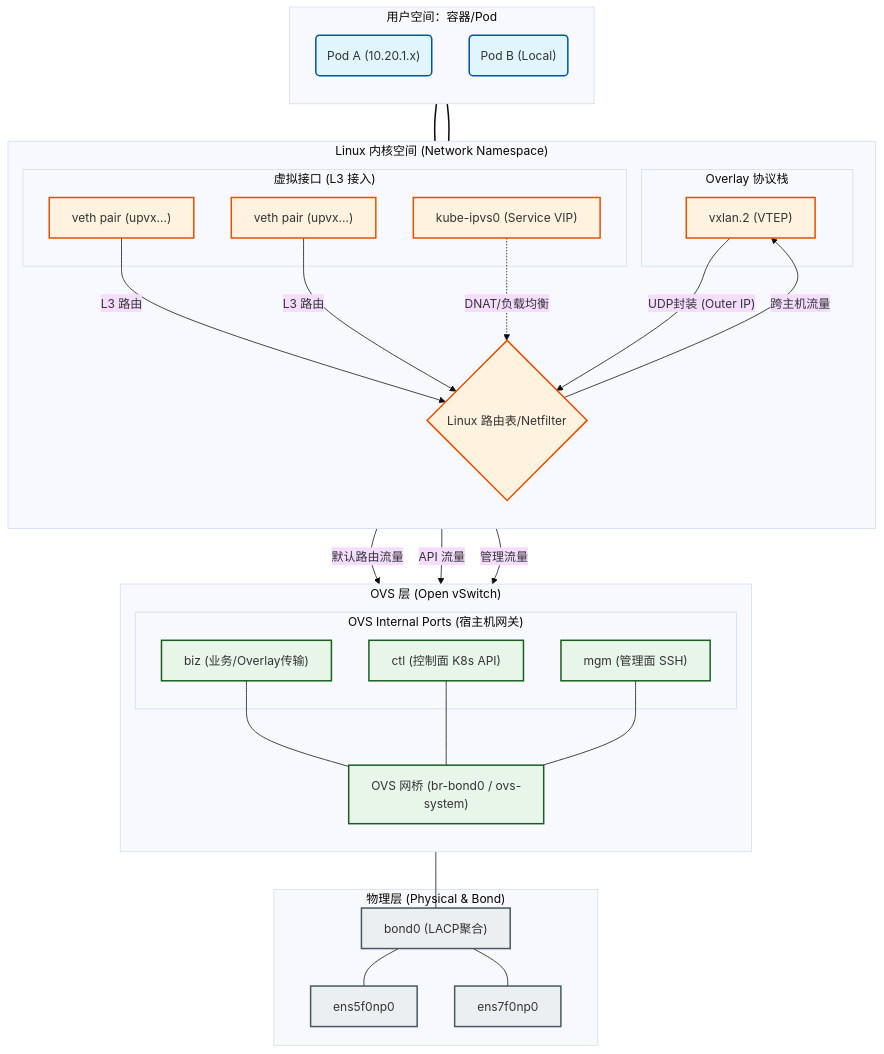
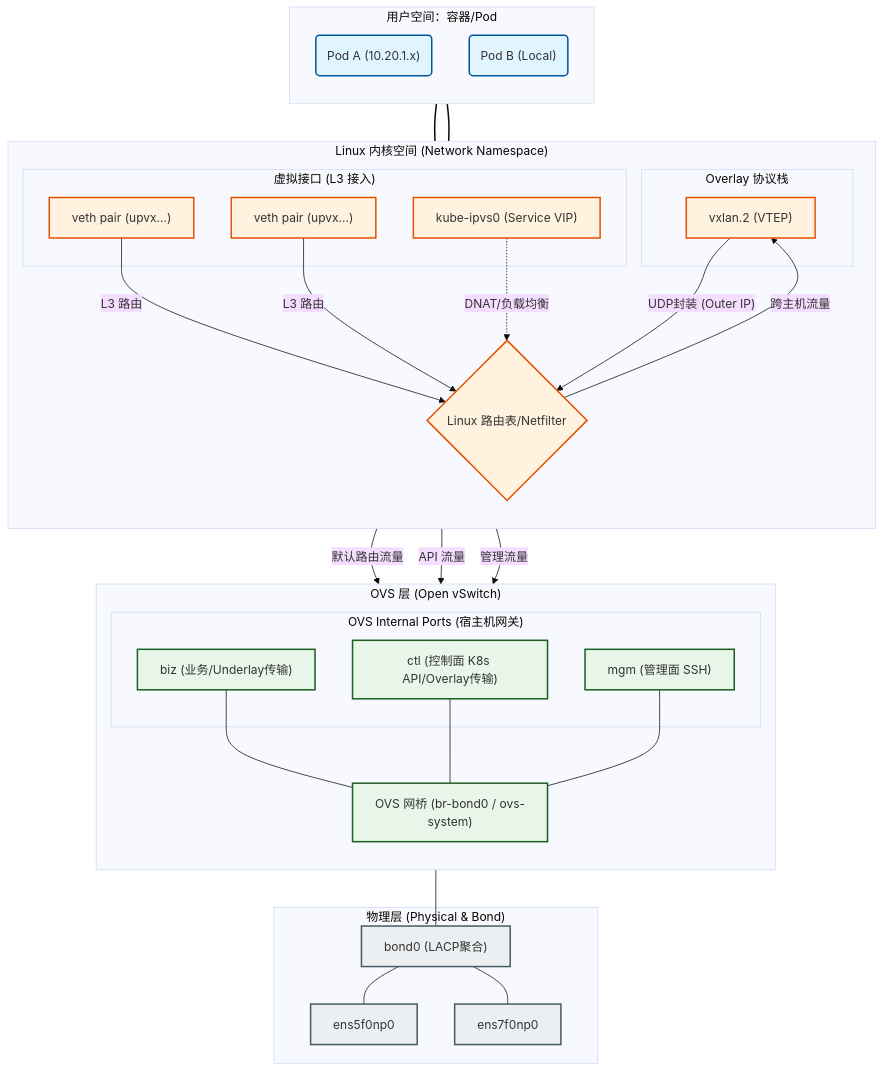
The first of 3 diagrams in content/post/一个生产级k8s网络架构解析/index.md (sq325/kikyo-blog), drawn with Mermaid (base theme) before and after one commit. The commit also changed other lines of this file, not shown here.

````diff
--- a/content/post/一个生产级k8s网络架构解析/index.md
+++ b/content/post/一个生产级k8s网络架构解析/index.md
@@ -55,80 +55,80 @@
 ```mermaid
 flowchart TB
     %% 样式定义
     classDef pod fill:#e1f5fe,stroke:#01579b,stroke-width:2px;
     classDef kernel fill:#fff3e0,stroke:#e65100,stroke-width:2px;
     classDef ovs fill:#e8f5e9,stroke:#1b5e20,stroke-width:2px;
     classDef phy fill:#eceff1,stroke:#455a64,stroke-width:2px;
 
     %% 1. Pod 空间
     subgraph PodSpace ["用户空间：容器/Pod"]
         direction TB
         PodA("Pod A (10.20.1.x)"):::pod
         PodB("Pod B (Local)"):::pod
     end
 
     %% 2. Linux 内核空间
     subgraph HostKernel ["Linux 内核空间 (Network Namespace)"]
         direction TB
         subgraph VirtualInterfaces ["虚拟接口 (L3 接入)"]
             VethA["veth pair (upvx...)"]:::kernel
             VethB["veth pair (upvx...)"]:::kernel
             IPVS["kube-ipvs0 (Service VIP)"]:::kernel
         end
 
         RouteTable{"Linux 路由表/Netfilter"}:::kernel
         
         subgraph OverlayStack ["Overlay 协议栈"]
             VxlanDev["vxlan.2 (VTEP)"]:::kernel
         end
     end
 
     %% 3. OVS 空间
     subgraph OVSLayer ["OVS 层 (Open vSwitch)"]
         direction TB
         subgraph InternalPorts ["OVS Internal Ports (宿主机网关)"]
-            BizPort["biz (业务/Overlay传输)"]:::ovs
-            CtlPort["ctl (控制面 K8s API)"]:::ovs
+            BizPort["biz (业务/Underlay传输)"]:::ovs
+            CtlPort["ctl (控制面 K8s API/Overlay传输)"]:::ovs
             MgmPort["mgm (管理面 SSH)"]:::ovs
         end
 
         Bridge["OVS 网桥 (br-bond0 / ovs-system)"]:::ovs
     end
 
     %% 4. 物理层
     subgraph PhyLayer ["物理层 (Physical & Bond)"]
         Bond["bond0 (LACP聚合)"]:::phy
         Nic1["ens5f0np0"]:::phy
         Nic2["ens7f0np0"]:::phy
     end
 
     %% 连接关系
     PodA --- VethA
     PodB --- VethB
     
     %% 内核互联
     VethA -->|L3 路由| RouteTable
     VethB -->|L3 路由| RouteTable
     IPVS -.->|DNAT/负载均衡| RouteTable
     
     RouteTable -->|跨主机流量| VxlanDev
     VxlanDev -- "UDP封装 (Outer IP)" --> RouteTable
     
     %% 内核到 OVS 的桥接点
     RouteTable -->|默认路由流量| BizPort
     RouteTable -->|API 流量| CtlPort
     RouteTable -->|管理流量| MgmPort
 
     %% OVS 内部连接
     BizPort --- Bridge
     CtlPort --- Bridge
     MgmPort --- Bridge
     
     %% OVS 到物理
     Bridge --- Bond
     Bond --- Nic1
     Bond --- Nic2
 
     %% 备注
     linkStyle 0,1 stroke-width:2px,stroke:01579b;
 ```
````
